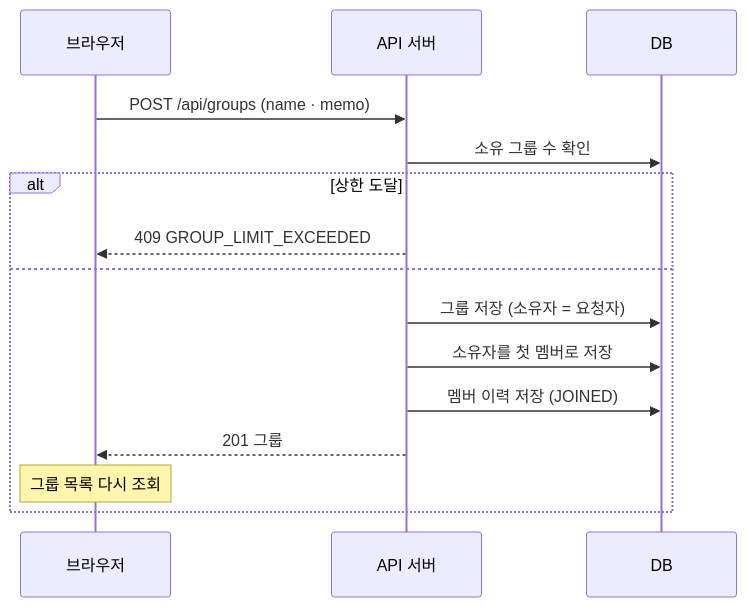
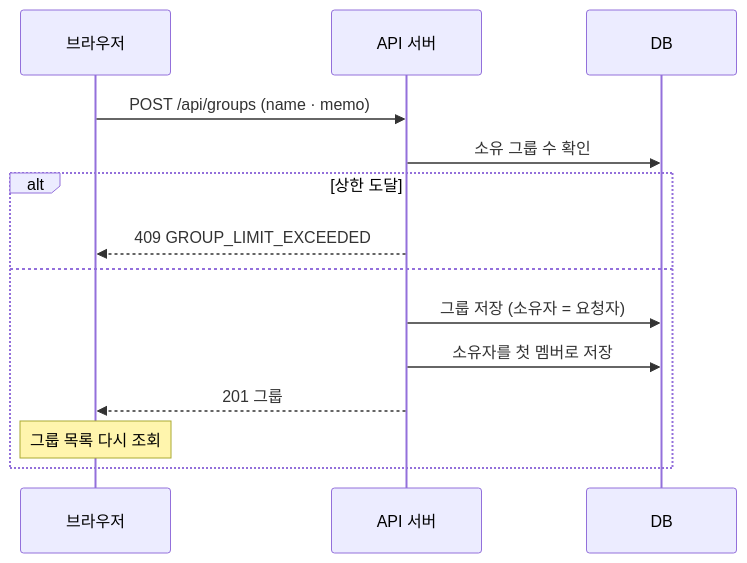
The eighth of 11 diagrams in docs/flow-sequence.md (jinyong-go/travel-recorder), drawn with Mermaid before and after one commit. The commit also changed other lines of this file and 15 other files, not shown here.

````diff
--- a/docs/flow-sequence.md
+++ b/docs/flow-sequence.md
@@ -234,18 +232,17 @@
 ```mermaid
 sequenceDiagram
     participant B as 브라우저
     participant A as API 서버
     participant D as DB
 
     B->>A: POST /api/groups (name · memo)
     A->>D: 소유 그룹 수 확인
     alt 상한 도달
         A-->>B: 409 GROUP_LIMIT_EXCEEDED
     else
         A->>D: 그룹 저장 (소유자 = 요청자)
         A->>D: 소유자를 첫 멤버로 저장
-        A->>D: 멤버 이력 저장 (JOINED)
         A-->>B: 201 그룹
         Note over B: 그룹 목록 다시 조회
     end
 ```
````
